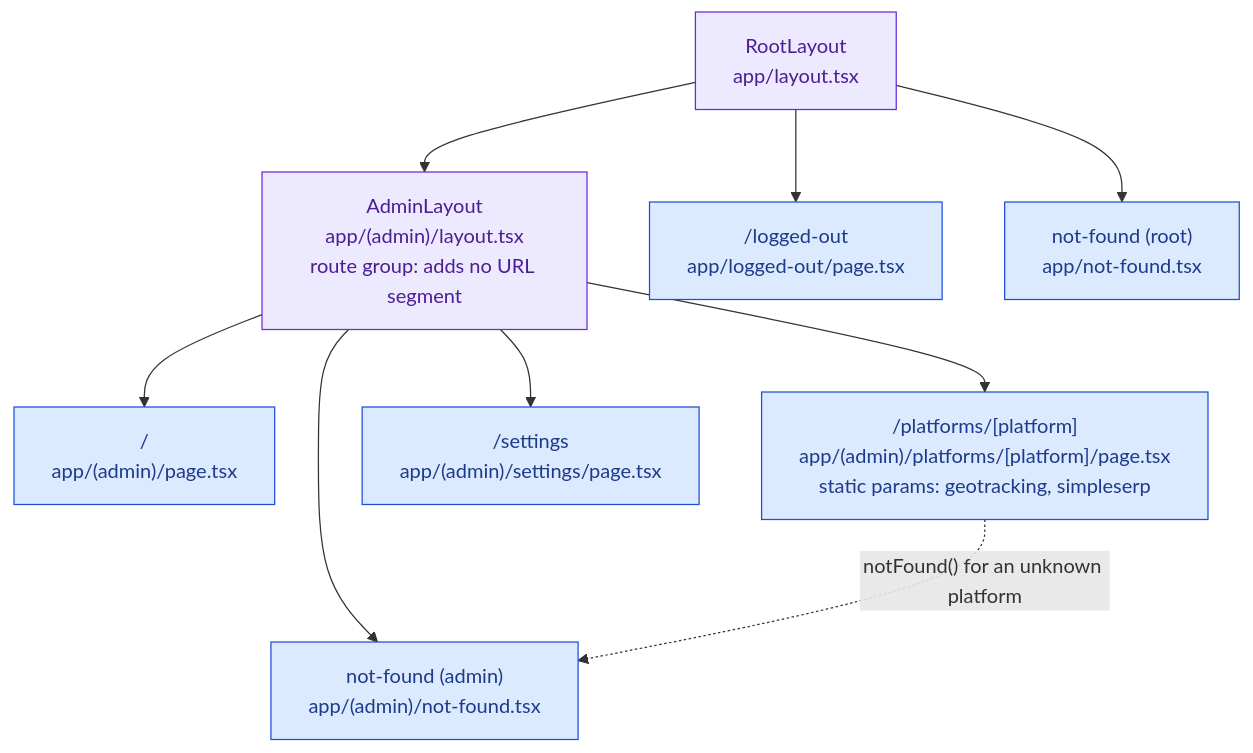
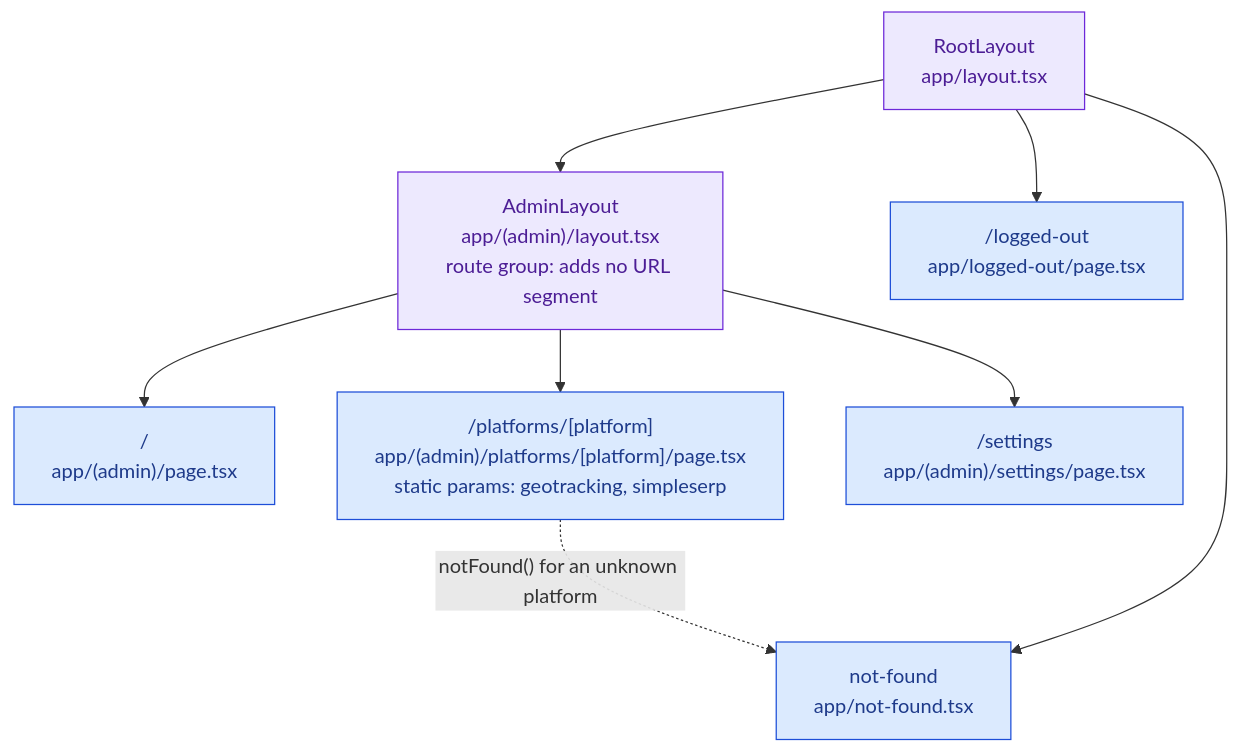
One commit to AlberteViendahl/feedback changed the fifth of 13 diagrams in apps/admin/docs/architecture.md. Above: the diagram before and after it, drawn with Mermaid. The commit also changed other lines of this file and 1 other file, not shown here.

Commit message:
Updates to architecture and previous specs

````diff
--- a/apps/admin/docs/architecture.md
+++ b/apps/admin/docs/architecture.md
@@ -155,28 +154,26 @@
 ```mermaid
 flowchart TD
   Root["RootLayout<br/>app/layout.tsx"]:::layout
 
   Admin["AdminLayout<br/>app/(admin)/layout.tsx<br/>route group: adds no URL segment"]:::layout
   LoggedOut["/logged-out<br/>app/logged-out/page.tsx"]:::page
-  RootNotFound["not-found (root)<br/>app/not-found.tsx"]:::page
+  NotFound["not-found<br/>app/not-found.tsx"]:::page
 
   Home["/<br/>app/(admin)/page.tsx"]:::page
   Platform["/platforms/[platform]<br/>app/(admin)/platforms/[platform]/page.tsx<br/>static params: geotracking, simpleserp"]:::page
   Settings["/settings<br/>app/(admin)/settings/page.tsx"]:::page
-  AdminNotFound["not-found (admin)<br/>app/(admin)/not-found.tsx"]:::page
 
   Root --> Admin
   Root --> LoggedOut
-  Root --> RootNotFound
+  Root --> NotFound
   Admin --> Home
   Admin --> Platform
   Admin --> Settings
-  Admin --> AdminNotFound
-  Platform -. "notFound() for an unknown platform" .-> AdminNotFound
+  Platform -. "notFound() for an unknown platform" .-> NotFound
 
   classDef page fill:#DBEAFE,stroke:#1D4ED8,color:#1E3A8A
   classDef layout fill:#EDE9FE,stroke:#6D28D9,color:#4C1D95
   classDef component fill:#DCFCE7,stroke:#15803D,color:#14532D
   classDef store fill:#FFEDD5,stroke:#C2410C,color:#7C2D12
   classDef mock fill:#F3F4F6,stroke:#4B5563,color:#1F2937,stroke-dasharray:4 3
 ```
````
